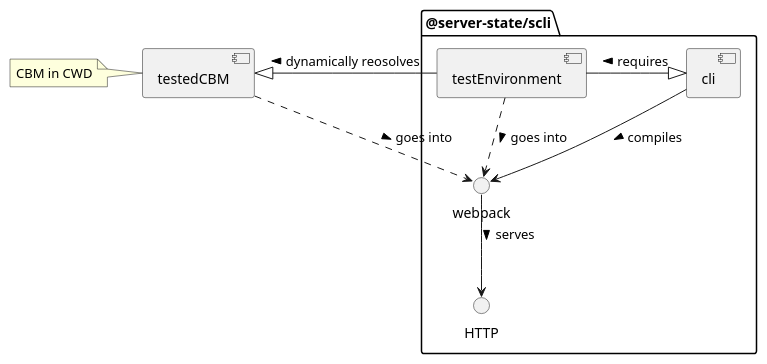
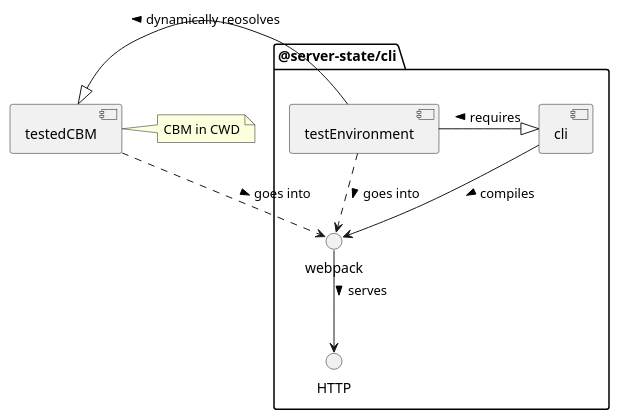
One commit to server-state/specs changed the diagram in arch/modules/cli-structure.puml. Above: the diagram before and after it, drawn with PlantUML. The commit also changed 1 other file, not shown here.

Commit message:
Fixed diagrams

```diff
--- a/arch/modules/cli-structure.puml
+++ b/arch/modules/cli-structure.puml
@@ -1,24 +1,24 @@
 @startuml
 
 component testedCBM
-note left
+note right
     CBM in CWD
 end note
 
-package "@server-state/scli" as sersta {
+package "@server-state/cli" as sersta {
 component "cli"
 
 [testEnvironment] -|> [cli]: < requires
 
 component testEnvironment
 
 [cli] --> webpack: > compiles
 webpack --> HTTP: > serves
 testEnvironment ..> webpack: > goes into
 testedCBM ..> webpack: > goes into
 }
 
 testEnvironment -|>testedCBM: > dynamically reosolves
 
 testedCBM -[hidden]> webpack
 @enduml
```
